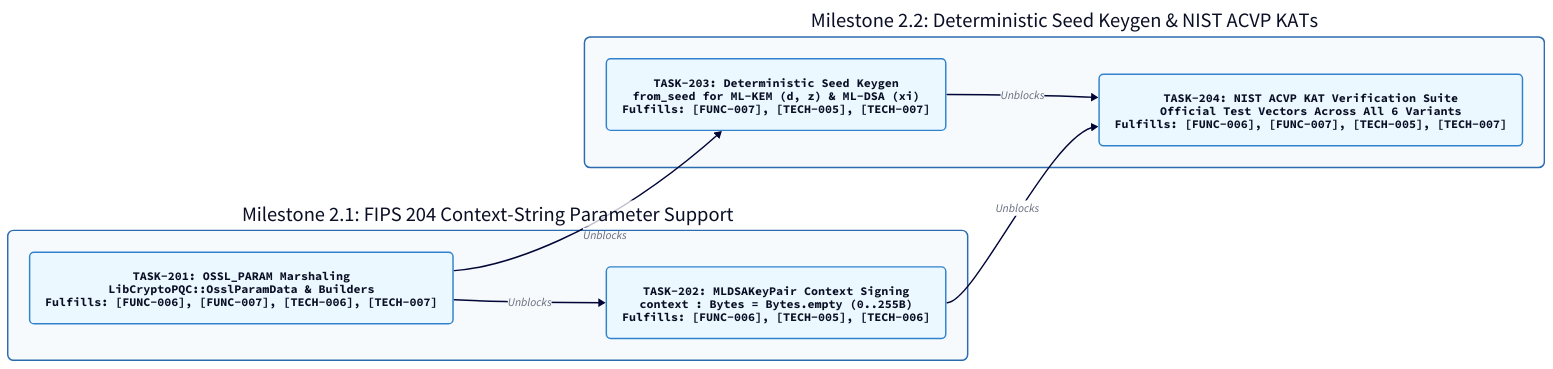
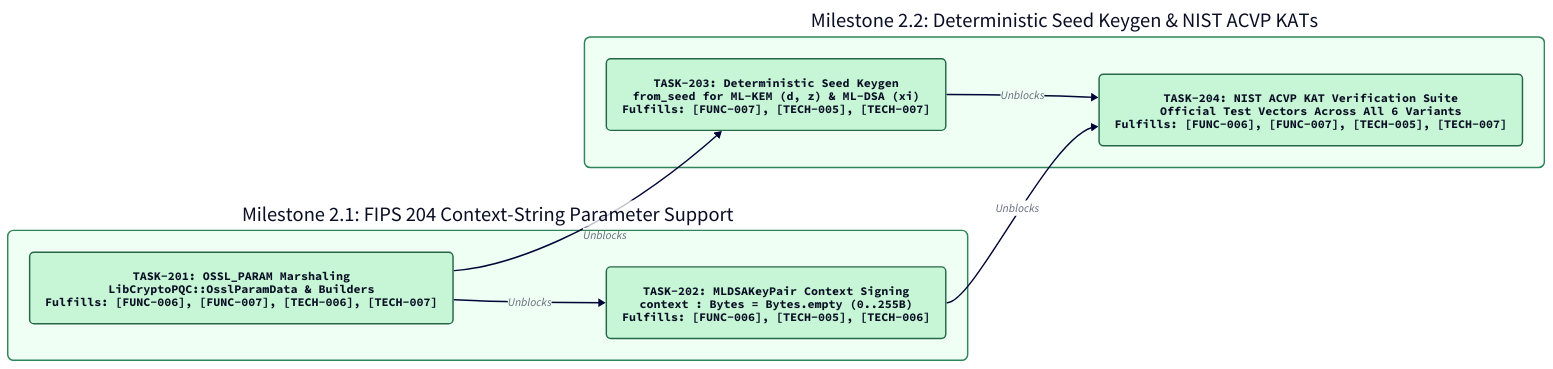
One commit to renich/crystal-pqc-constant changed the diagram in docs/diagrams/roadmaps/phase-2-enhancement.d2. Above: the diagram before and after it, drawn with D2. The commit also changed 28 other files, not shown here.

```diff
--- a/docs/diagrams/roadmaps/phase-2-enhancement.d2
+++ b/docs/diagrams/roadmaps/phase-2-enhancement.d2
@@ -1,62 +1,62 @@
 direction: right
 
 vars: {
   d2-config: {
     layout-engine: dagre
     theme-id: 4
     pad: 40
     center: true
   }
 }
 
 classes: {
   milestone_box: {
     style: {
-      stroke: "#2B6CB0"
+      stroke: "#2F855A"
       stroke-width: 2
       border-radius: 8
-      fill: "#F7FAFC"
+      fill: "#F0FFF4"
     }
   }
-  task_planned: {
+  task_done: {
     shape: rectangle
     style: {
-      stroke: "#3182CE"
+      stroke: "#276749"
       stroke-width: 2
       border-radius: 6
-      fill: "#EBF8FF"
+      fill: "#C6F6D5"
       font: mono
     }
   }
 }
 
 m2_1: "Milestone 2.1: FIPS 204 Context-String Parameter Support" {
   class: milestone_box
 
   task201: "TASK-201: OSSL_PARAM Marshaling\nLibCryptoPQC::OsslParamData & Builders\nFulfills: [FUNC-006], [FUNC-007], [TECH-006], [TECH-007]" {
-    class: task_planned
+    class: task_done
   }
 
   task202: "TASK-202: MLDSAKeyPair Context Signing\ncontext : Bytes = Bytes.empty (0..255B)\nFulfills: [FUNC-006], [TECH-005], [TECH-006]" {
-    class: task_planned
+    class: task_done
   }
 
   task201 -> task202: "Unblocks"
 }
 
 m2_2: "Milestone 2.2: Deterministic Seed Keygen & NIST ACVP KATs" {
   class: milestone_box
 
   task203: "TASK-203: Deterministic Seed Keygen\nfrom_seed for ML-KEM (d, z) & ML-DSA (xi)\nFulfills: [FUNC-007], [TECH-005], [TECH-007]" {
-    class: task_planned
+    class: task_done
   }
 
   task204: "TASK-204: NIST ACVP KAT Verification Suite\nOfficial Test Vectors Across All 6 Variants\nFulfills: [FUNC-006], [FUNC-007], [TECH-005], [TECH-007]" {
-    class: task_planned
+    class: task_done
   }
 
   task203 -> task204: "Unblocks"
 }
 
 m2_1.task201 -> m2_2.task203: "Unblocks"
 m2_1.task202 -> m2_2.task204: "Unblocks"
```
